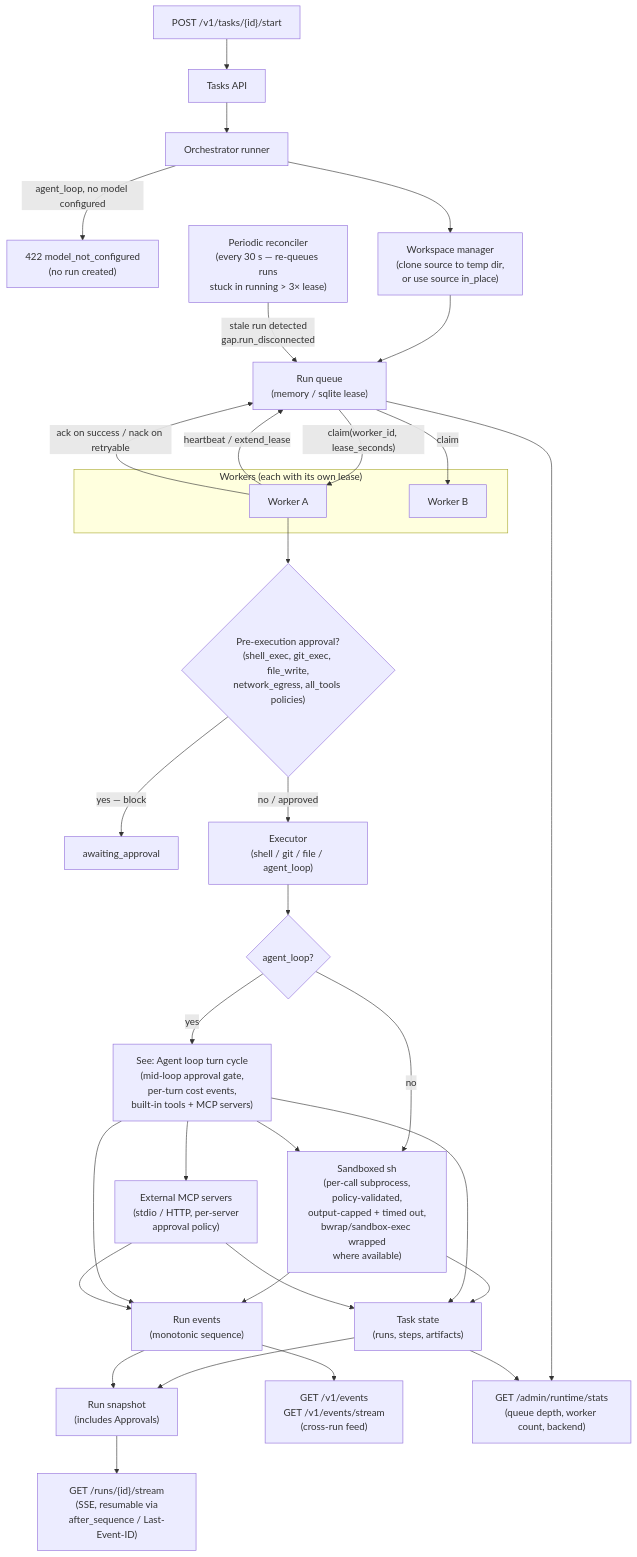
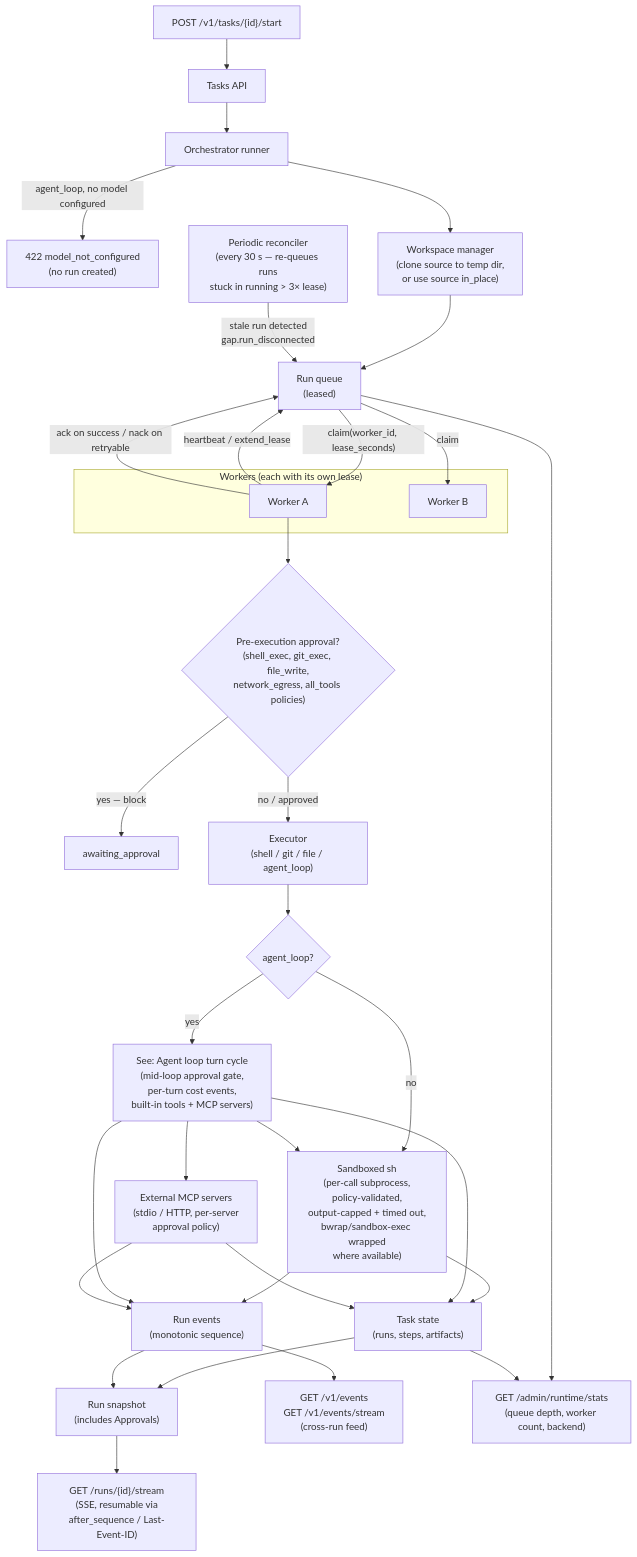
The second of 3 diagrams in docs/architecture.md (hecatehq/hecate), drawn with Mermaid before and after one commit. The commit also changed other lines of this file and 11 other files, not shown here.

````diff
--- a/docs/architecture.md
+++ b/docs/architecture.md
@@ -53,47 +53,47 @@
 ```mermaid
 flowchart TD
     Caller["POST /v1/tasks/{id}/start"] --> TasksApi["Tasks API"]
     TasksApi --> Runner["Orchestrator runner"]
     Runner -->|"agent_loop, no model configured"| ErrModel["422 model_not_configured<br/>(no run created)"]
     Runner --> Workspace["Workspace manager<br/>(clone source to temp dir,<br/>or use source in_place)"]
-    Workspace --> Queue["Run queue<br/>(memory / sqlite lease)"]
+    Workspace --> Queue["Run queue<br/>(leased)"]
 
     Reconciler["Periodic reconciler<br/>(every 30 s — re-queues runs<br/>stuck in running > 3× lease)"]
     Reconciler -->|"stale run detected<br/>gap.run_disconnected"| Queue
 
     subgraph Workers["Workers (each with its own lease)"]
         WorkerA["Worker A"]
         WorkerB["Worker B"]
     end
 
     Queue -->|"claim(worker_id, lease_seconds)"| WorkerA
     Queue -->|"claim"| WorkerB
     WorkerA -->|"heartbeat / extend_lease"| Queue
     WorkerA -->|"ack on success / nack on retryable"| Queue
 
     WorkerA --> PreApproval{"Pre-execution approval?<br/>(shell_exec, git_exec, file_write,<br/>network_egress, all_tools policies)"}
     PreApproval -->|"yes — block"| Pending["awaiting_approval"]
     PreApproval -->|"no / approved"| Executor
 
     Executor["Executor<br/>(shell / git / file / agent_loop)"]
     Executor --> AgentLoop{"agent_loop?"}
     AgentLoop -->|"yes"| LoopRef["See: Agent loop turn cycle<br/>(mid-loop approval gate,<br/>per-turn cost events,<br/>built-in tools + MCP servers)"]
     AgentLoop -->|"no"| Sandbox["Sandboxed sh<br/>(per-call subprocess,<br/>policy-validated,<br/>output-capped + timed out,<br/>bwrap/sandbox-exec wrapped<br/>where available)"]
     LoopRef --> Sandbox
     LoopRef --> McpServers["External MCP servers<br/>(stdio / HTTP, per-server<br/>approval policy)"]
 
     Sandbox --> State["Task state<br/>(runs, steps, artifacts)"]
     LoopRef --> State
     McpServers --> State
     Sandbox --> RunEvents["Run events<br/>(monotonic sequence)"]
     LoopRef --> RunEvents
     McpServers --> RunEvents
 
     State --> Snapshot["Run snapshot<br/>(includes Approvals)"]
     RunEvents --> Snapshot
     Snapshot --> Stream["GET /runs/{id}/stream<br/>(SSE, resumable via<br/>after_sequence / Last-Event-ID)"]
     RunEvents --> PublicEvents["GET /v1/events<br/>GET /v1/events/stream<br/>(cross-run feed)"]
 
     Queue --> Stats["GET /admin/runtime/stats<br/>(queue depth, worker count, backend)"]
     State --> Stats
 ```
````
